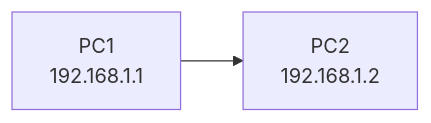
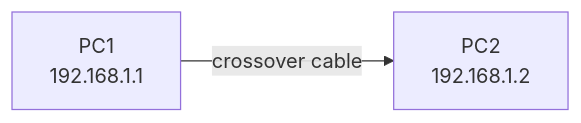
Before and after one commit to rick-homelab/ccna-handson-labs: the first of 2 diagrams in project-1/README.md, drawn with Mermaid.

````diff
--- a/project-1/README.md
+++ b/project-1/README.md
@@ -45,4 +45,4 @@
 ```mermaid
 graph LR
-A[PC1</br>192.168.1.1] --> B[PC2</br>192.168.1.2]
+A[PC1</br>192.168.1.1] -->|crossover cable| B[PC2</br>192.168.1.2]
 ```
````
